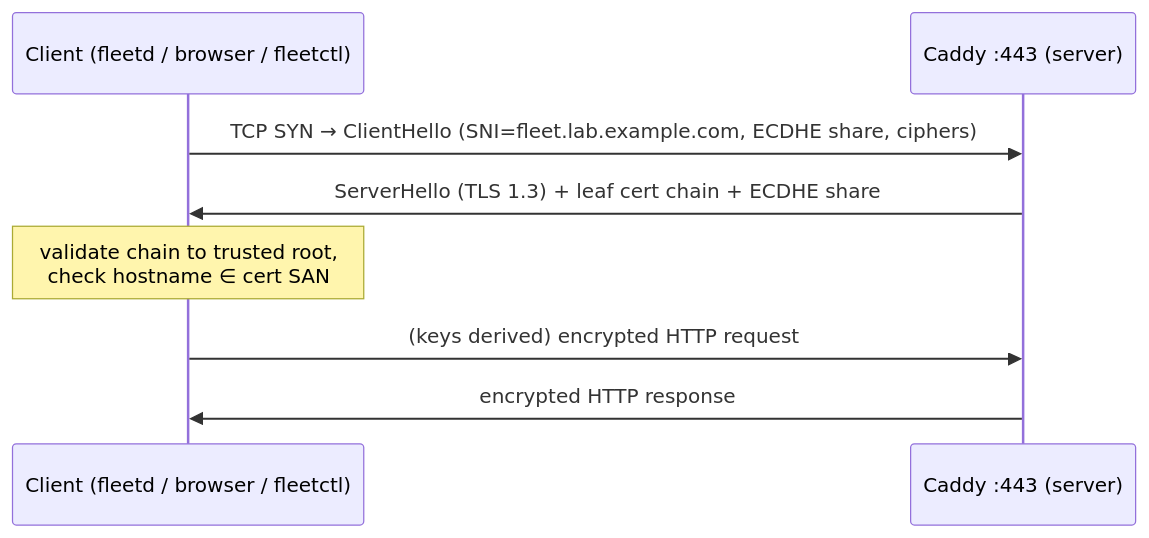
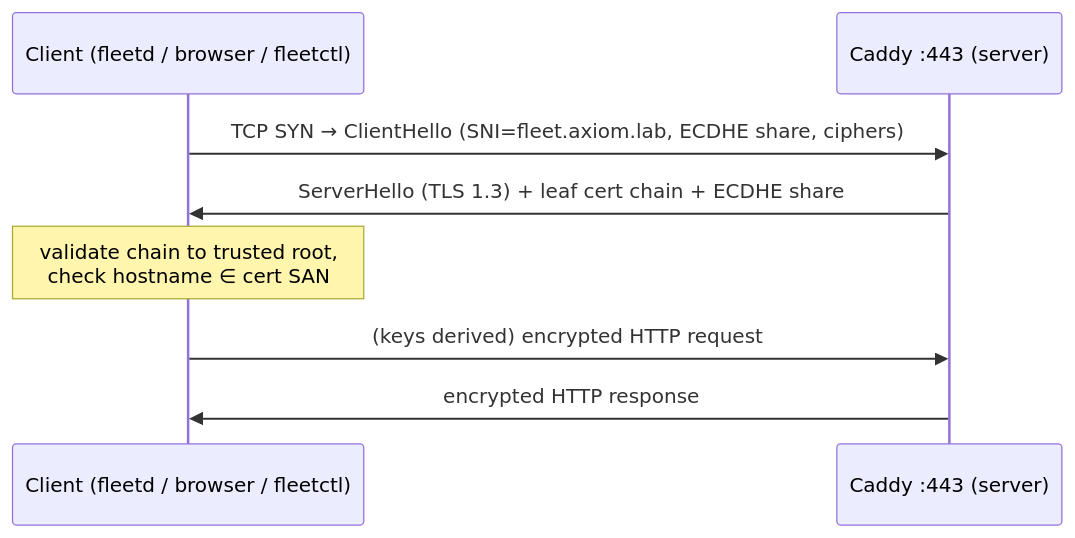
The first of 10 diagrams in docs/encyclopedia/04-tls-and-pki.md (worthingtontech/axiom-fleet-mdm-lab), drawn with Mermaid before and after one commit. The commit also changed other lines of this file and 13 other files, not shown here.

````diff
--- a/docs/encyclopedia/04-tls-and-pki.md
+++ b/docs/encyclopedia/04-tls-and-pki.md
@@ -17,10 +17,10 @@
 ```mermaid
 sequenceDiagram
     participant Cl as Client (fleetd / browser / fleetctl)
     participant Ca as Caddy :443 (server)
-    Cl->>Ca: TCP SYN → ClientHello (SNI=fleet.lab.example.com, ECDHE share, ciphers)
+    Cl->>Ca: TCP SYN → ClientHello (SNI=fleet.axiom.lab, ECDHE share, ciphers)
     Ca->>Cl: ServerHello (TLS 1.3) + leaf cert chain + ECDHE share
     Note over Cl: validate chain to trusted root,<br/>check hostname ∈ cert SAN
     Cl->>Ca: (keys derived) encrypted HTTP request
     Ca->>Cl: encrypted HTTP response
 ```
````
